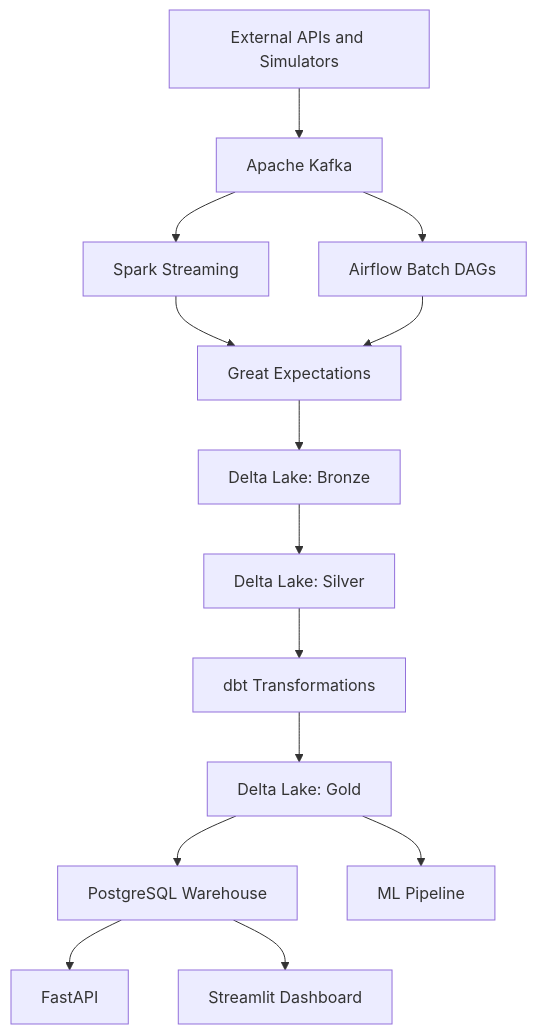
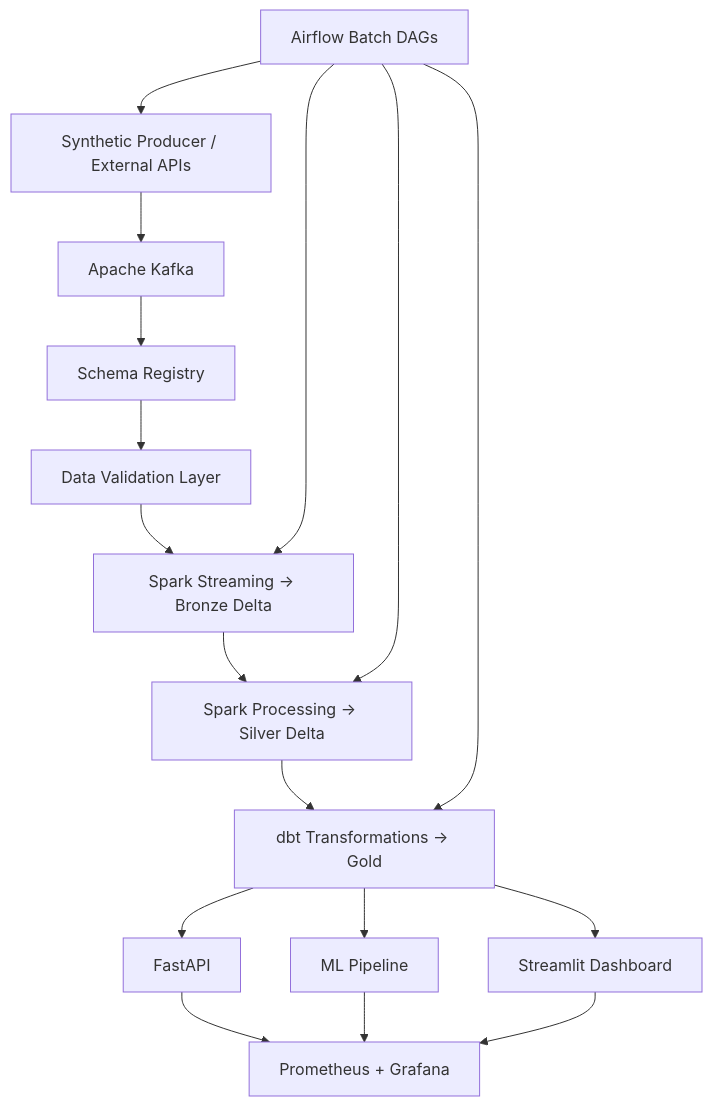
The diagram in docs/architecture.md (medlouaynjima/modern-data-platform), drawn with Mermaid before and after one commit. The commit also changed other lines of this file and 45 other files, not shown here.

First line of the commit message:
Add data contracts, quarantine validation, and Great Expectations.

````diff
--- a/docs/architecture.md
+++ b/docs/architecture.md
@@ -5,16 +9,20 @@
 ```mermaid
 flowchart TD
-    api["External APIs and Simulators"] --> kafka["Apache Kafka"]
-    kafka --> spark["Spark Streaming"]
-    kafka --> airflow["Airflow Batch DAGs"]
-    spark --> dq["Great Expectations"]
-    airflow --> dq
-    dq --> bronze["Delta Lake: Bronze"]
-    bronze --> silver["Delta Lake: Silver"]
-    silver --> dbt["dbt Transformations"]
-    dbt --> gold["Delta Lake: Gold"]
-    gold --> postgres["PostgreSQL Warehouse"]
-    gold --> ml["ML Pipeline"]
-    postgres --> fastapi["FastAPI"]
-    postgres --> streamlit["Streamlit Dashboard"]
+    producer["Synthetic Producer / External APIs"] --> kafka["Apache Kafka"]
+    kafka --> registry["Schema Registry"]
+    registry --> validate["Data Validation Layer"]
+    validate --> bronze["Spark Streaming → Bronze Delta"]
+    bronze --> silver["Spark Processing → Silver Delta"]
+    silver --> dbt["dbt Transformations → Gold"]
+    dbt --> fastapi["FastAPI"]
+    dbt --> ml["ML Pipeline"]
+    dbt --> streamlit["Streamlit Dashboard"]
+    fastapi --> obs["Observability"]
+    ml --> obs
+    streamlit --> obs
+    airflow["Airflow Batch DAGs"] --> producer
+    airflow --> bronze
+    airflow --> silver
+    airflow --> dbt
+    obs["Prometheus + Grafana"]
 ```
````
